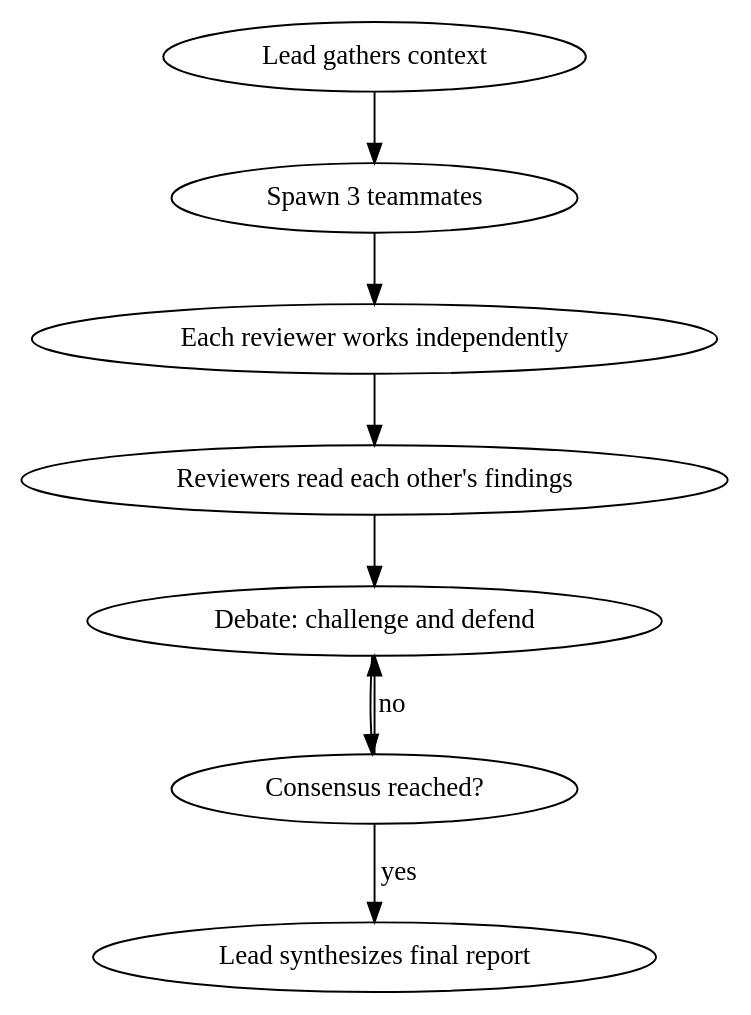
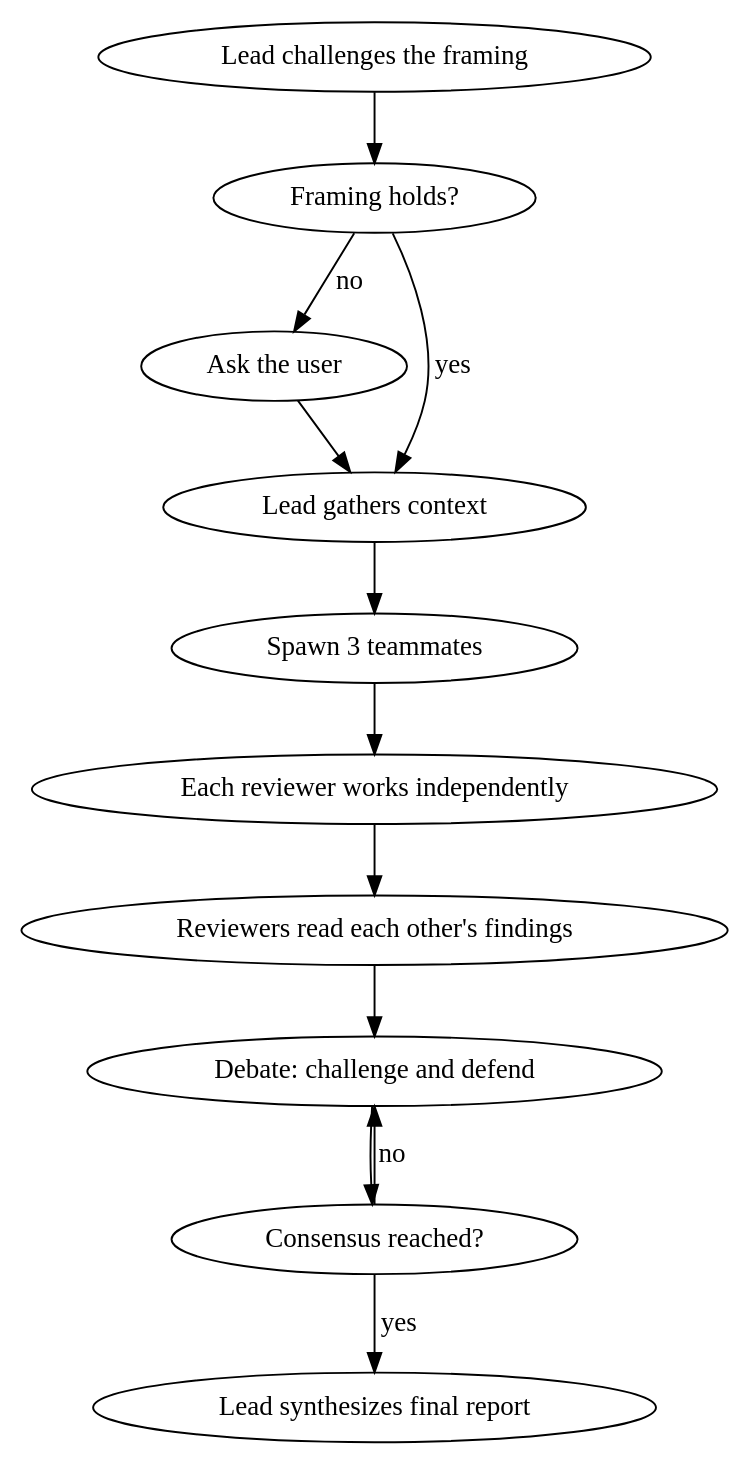
One commit to Atypical-Consulting/claude-legends-review changed the diagram in skills/legends-review/SKILL.md. Above: the diagram before and after it, drawn with Graphviz. The commit also changed other lines of this file and 1 other file, not shown here.

````diff
--- a/skills/legends-review/SKILL.md
+++ b/skills/legends-review/SKILL.md
@@ -23,12 +23,16 @@
 ```dot
 digraph legends {
     rankdir=TB;
+    "Lead challenges the framing" -> "Framing holds?";
+    "Framing holds?" -> "Ask the user" [label="no"];
+    "Ask the user" -> "Lead gathers context";
+    "Framing holds?" -> "Lead gathers context" [label="yes"];
     "Lead gathers context" -> "Spawn 3 teammates";
     "Spawn 3 teammates" -> "Each reviewer works independently";
     "Each reviewer works independently" -> "Reviewers read each other's findings";
     "Reviewers read each other's findings" -> "Debate: challenge and defend";
     "Debate: challenge and defend" -> "Consensus reached?";
     "Consensus reached?" -> "Debate: challenge and defend" [label="no"];
     "Consensus reached?" -> "Lead synthesizes final report" [label="yes"];
 }
 ```
````
